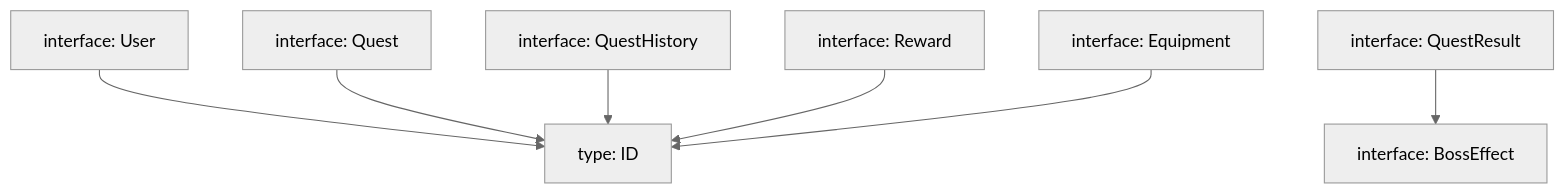
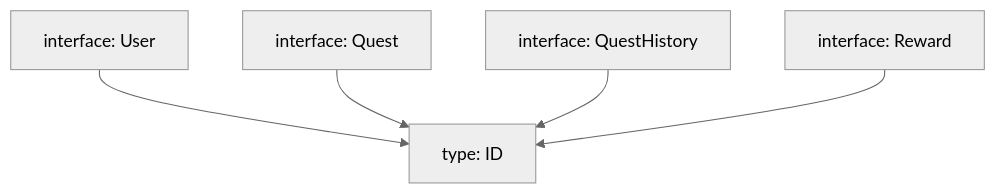
Before and after one commit to mmtigers/my_python_project: the second of 2 diagrams in docs/specifications/family-quest/src/types/index.md, drawn with Mermaid (neutral theme). The commit also changed other lines of this file and 9 other files, not shown here.

````diff
--- a/docs/specifications/family-quest/src/types/index.md
+++ b/docs/specifications/family-quest/src/types/index.md
@@ -203,11 +137,10 @@
 ```mermaid
 graph TD
     User["interface: User"] --> ID["type: ID"]
     Quest["interface: Quest"] --> ID
     QuestHistory["interface: QuestHistory"] --> ID
     Reward["interface: Reward"] --> ID
-    Equipment["interface: Equipment"] --> ID
-    QuestResult["interface: QuestResult"] --> BossEffect["interface: BossEffect"]
 
-    %% OwnedEquipmentはid/equipment_idともにnumber固定であり、ID型は参照していない
+    %% QuestResult, InventoryItem, PendingInventory はいずれも ID 型を参照していない
+    %% (id, reward_id 等は number/string に固定されている)
 ```
````
